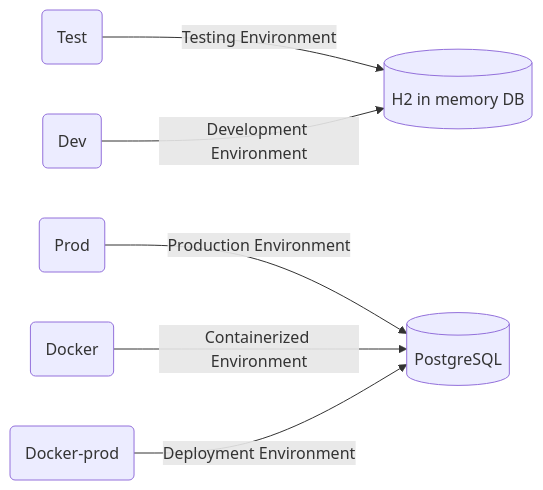
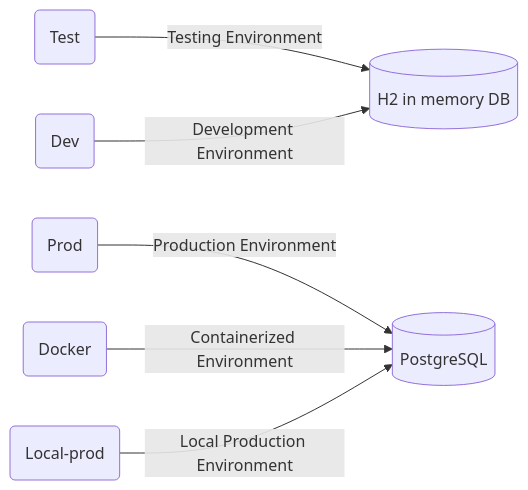
One commit to codeurjc-students/2025-MyMLB changed the first of 2 diagrams in docs/DevelopmentGuide.md. Above: the diagram before and after it, drawn with Mermaid. The commit also changed other lines of this file, not shown here.

First line of the commit message:
Revise production profile details and add local-prod

`````diff
--- a/docs/DevelopmentGuide.md
+++ b/docs/DevelopmentGuide.md
@@ -149,8 +149,8 @@
 ```mermaid
 flowchart LR
     A(Test) -- "Testing Environment" --> H[(H2 in memory DB)]
     B(Prod) -- "Production Environment" --> P[(PostgreSQL)]
     C(Dev) -- "Development Environment" --> H
     D(Docker) -- "Containerized Environment" --> P
-    E(Docker-prod) -- "Deployment Environment" --> P
+    E(Local-prod) -- "Local Production Environment" --> P
 ````
`````
